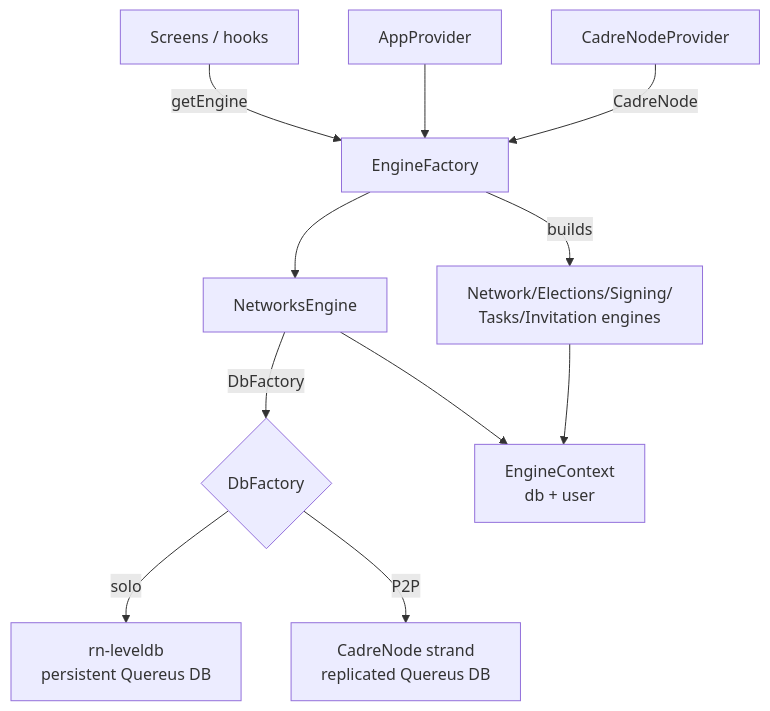
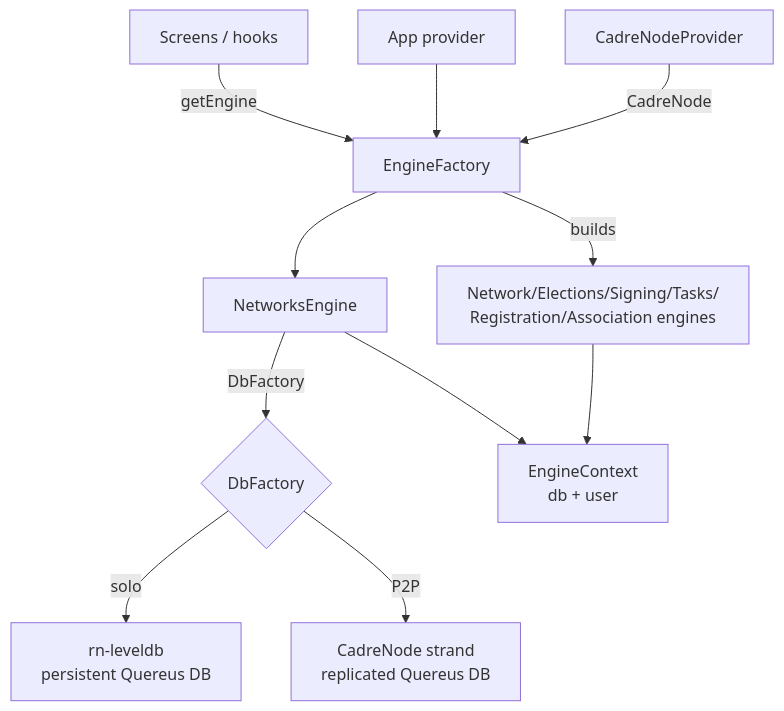
One commit to gotchoices/votetorrent changed the second of 2 diagrams in doc/codebase-architecture.md. Above: the diagram before and after it, drawn with Mermaid. The commit also changed other lines of this file and 45 other files, not shown here.

````diff
--- a/doc/codebase-architecture.md
+++ b/doc/codebase-architecture.md
@@ -323,13 +278,13 @@
 ```mermaid
 graph TD
     screens[Screens / hooks] -->|getEngine| factory[EngineFactory]
-    appprov[AppProvider] --> factory
+    appprov[App provider] --> factory
     cadreprov[CadreNodeProvider] -->|CadreNode| factory
     factory --> netsEngine[NetworksEngine]
-    factory -->|builds| siblings[Network/Elections/Signing/<br/>Tasks/Invitation engines]
+    factory -->|builds| siblings[Network/Elections/Signing/Tasks/<br/>Registration/Association engines]
     netsEngine -->|DbFactory| dbf{DbFactory}
     dbf -->|solo| rnleveldb[rn-leveldb<br/>persistent Quereus DB]
     dbf -->|P2P| strand[CadreNode strand<br/>replicated Quereus DB]
     netsEngine --> ctx[EngineContext<br/>db + user]
     siblings --> ctx
 ```
````
